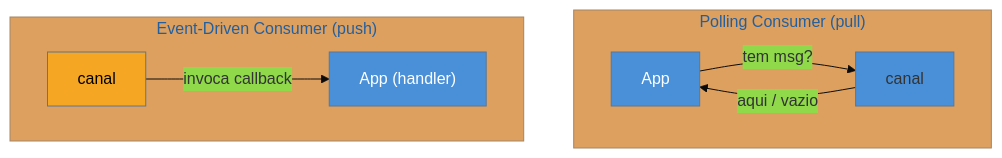
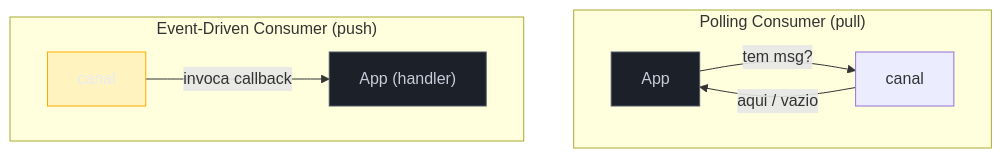
One commit to josenaldo/codex-technomanticus changed the diagram in 03-Dominios/Engenharia/Design de Software/Padrões de Projeto/Integração Empresarial (EIP)/10 - Consumers - Polling × Event-Driven.md. Above: the diagram before and after it, drawn with Mermaid. The commit also changed 1181 other files, not shown here.

First line of the commit message:
fix(diagramas): paleta do sistema no lugar de cor cravada no markdown

````diff
--- a/03-Dominios/Engenharia/Design de Software/Padrões de Projeto/Integração Empresarial (EIP)/10 - Consumers - Polling × Event-Driven.md
+++ b/03-Dominios/Engenharia/Design de Software/Padrões de Projeto/Integração Empresarial (EIP)/10 - Consumers - Polling × Event-Driven.md
@@ -39,15 +39,16 @@
 ```mermaid
-%%{init: {"theme": "base", "themeVariables": {"primaryColor": "#4A90D9"}}}%%
 graph TD
+    classDef neutro fill:#1B2029,stroke:#4E5666,color:#C6CCD8
+    classDef destaque fill:#FFAA0024,stroke:#FFAA00,color:#E9ECF2
     subgraph POLL["Polling Consumer (pull)"]
         A1["App"] -->|"tem msg?"| C1["canal"]
         C1 -->|"aqui / vazio"| A1
     end
     subgraph EVT["Event-Driven Consumer (push)"]
         C2["canal"] -->|"invoca callback"| A2["App (handler)"]
     end
 
-    style A1 fill:#4A90D9,color:#fff
-    style C2 fill:#F5A623,color:#000
-    style A2 fill:#4A90D9,color:#fff
+    class A1 neutro
+    class C2 destaque
+    class A2 neutro
 ```
````
